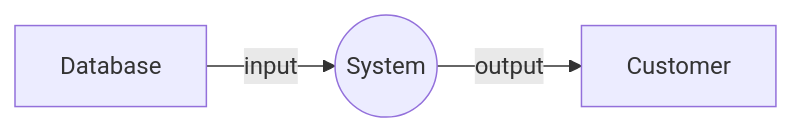
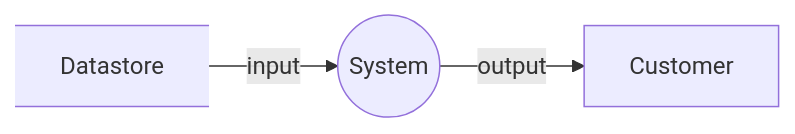
The diagram in samples/mermaid-demos/dataflowchart__1.mmd (creadri/sebastianjs), drawn with Mermaid before and after one commit. The commit also changed 86 other files, not shown here.

```diff
--- a/samples/mermaid-demos/dataflowchart__1.mmd
+++ b/samples/mermaid-demos/dataflowchart__1.mmd
@@ -1,4 +1,4 @@
 flowchart LR
 accTitle: A simple linear flowchart.
 accDescr: A Database has input to a circle System has output to a square Customer.
-DataStore[|borders:tb|Database] -->|input| Process((System)) -->|output| Entity[Customer];
+DataStore@{shape: datastore, label: "Datastore"} -->|input| Process((System)) -->|output| Entity[Customer];
```
